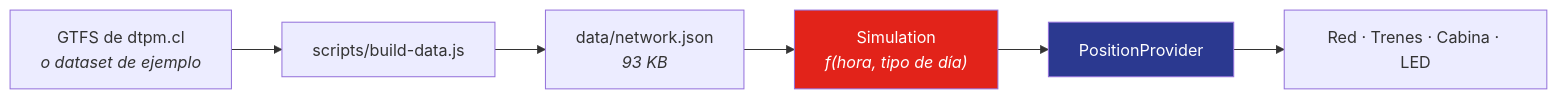
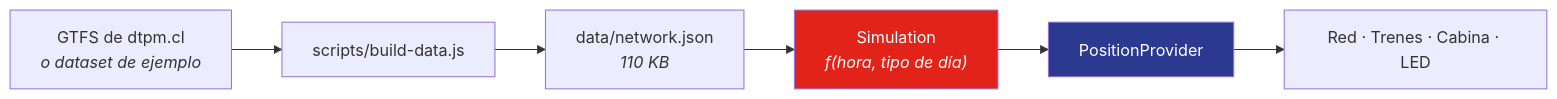
Before and after one commit to nsalloums/metrovivo-santiago: the diagram in README.es.md, drawn with Mermaid. The commit also changed other lines of this file and 4 other files, not shown here.

````diff
--- a/README.es.md
+++ b/README.es.md
@@ -67,10 +70,10 @@
 ```mermaid
 flowchart LR
   A["GTFS de dtpm.cl<br/><i>o dataset de ejemplo</i>"] --> B["scripts/build-data.js"]
-  B --> C["data/network.json<br/><i>93 KB</i>"]
+  B --> C["data/network.json<br/><i>110 KB</i>"]
   C --> D["Simulation<br/><i>f(hora, tipo de día)</i>"]
   D --> E["PositionProvider"]
   E --> F["Red · Trenes · Cabina · LED"]
   style D fill:#E2231A,color:#fff
   style E fill:#2B3990,color:#fff
 ```
````
